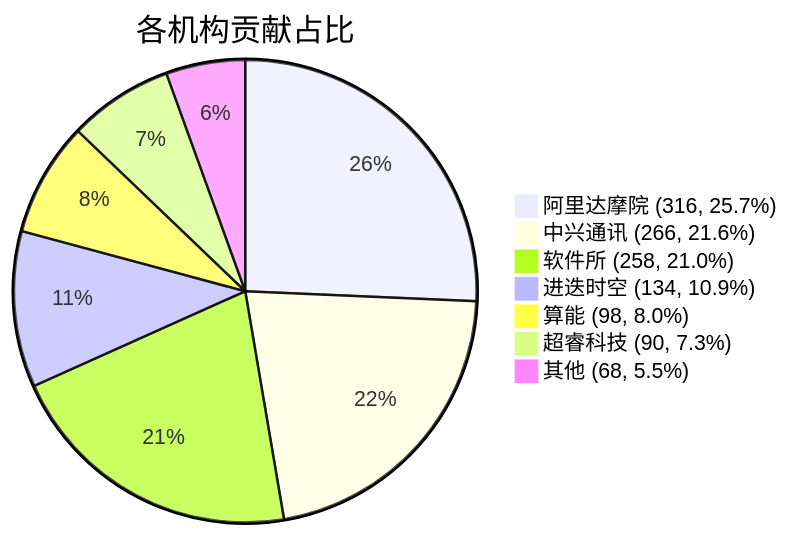
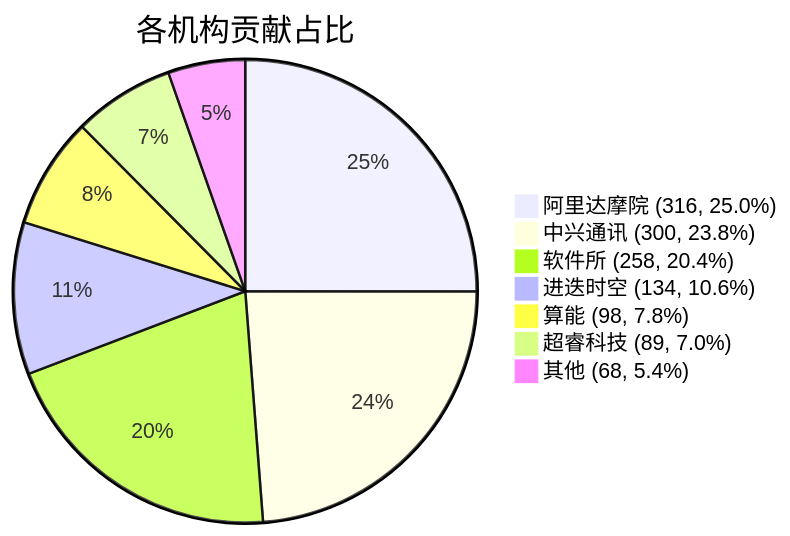
One commit to RVCK-Project/rvck changed the diagram in docs/index.md. Above: the diagram before and after it, drawn with Mermaid. The commit also changed other lines of this file and 20 other files, not shown here.

````diff
--- a/docs/index.md
+++ b/docs/index.md
@@ -39,10 +39,10 @@
 ```mermaid
 pie title 各机构贡献占比
-    "阿里达摩院 (316, 25.7%)" : 316
-    "中兴通讯 (266, 21.6%)" : 266
-    "软件所 (258, 21.0%)" : 258
-    "进迭时空 (134, 10.9%)" : 134
-    "算能 (98, 8.0%)" : 98
-    "超睿科技 (90, 7.3%)" : 90
-    "其他 (68, 5.5%)" : 68
+    "阿里达摩院 (316, 25.0%)" : 316
+    "中兴通讯 (300, 23.8%)" : 300
+    "软件所 (258, 20.4%)" : 258
+    "进迭时空 (134, 10.6%)" : 134
+    "算能 (98, 7.8%)" : 98
+    "超睿科技 (89, 7.0%)" : 89
+    "其他 (68, 5.4%)" : 68
 ```
````
